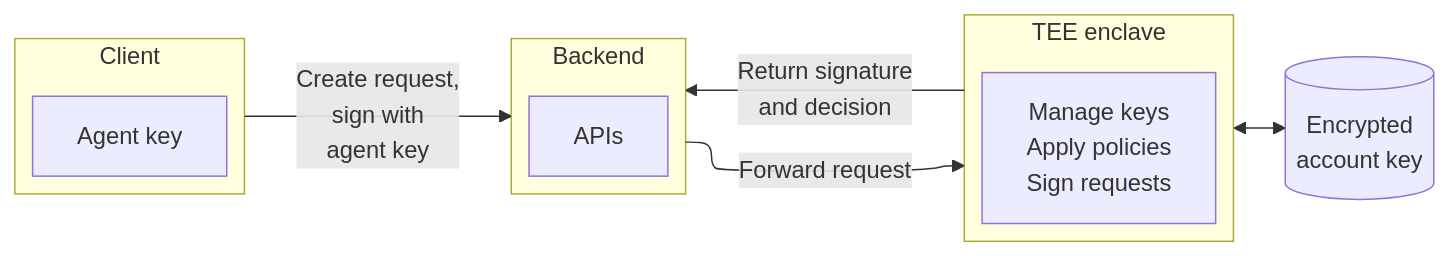
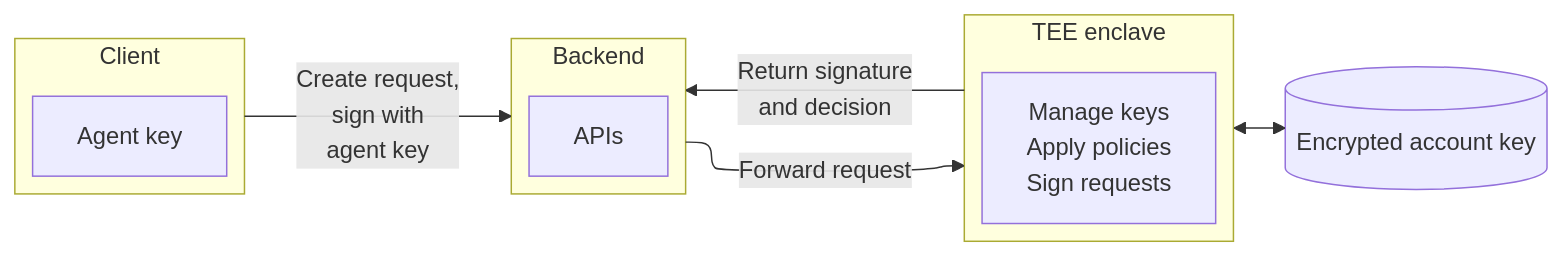
One commit to MetaMask/metamask-docs changed the diagram in src/pages/tutorials/design-server-wallets.mdx. Above: the diagram before and after it, drawn with Mermaid. The commit also changed other lines of this file and 3 other files, not shown here.

````diff
--- a/src/pages/tutorials/design-server-wallets.mdx
+++ b/src/pages/tutorials/design-server-wallets.mdx
@@ -35,26 +35,25 @@
 ```mermaid
 ---
 config:
   layout: elk
 ---
 flowchart LR
   subgraph c[Client]
     a[Agent key]
   end
   c -->|"Create request,
   sign with
   agent key"| b
   subgraph b[Backend]
     APIs
   end
   b -->|Forward request| t[TEE enclave]
   subgraph t[TEE enclave]
     v["Manage keys
     Apply policies
     Sign requests"]
   end
   t -->|"Return signature
   and decision"| b
-  t <--> d@{ shape: cyl, label: "Encrypted
-  account key" }
+  t <--> d@{ shape: cyl, label: "Encrypted account key" }
 ```
````
